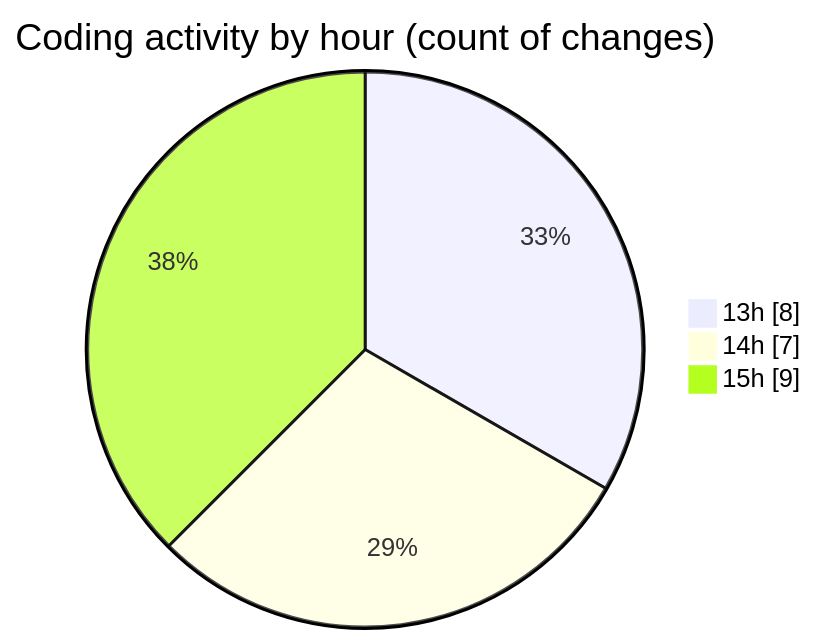
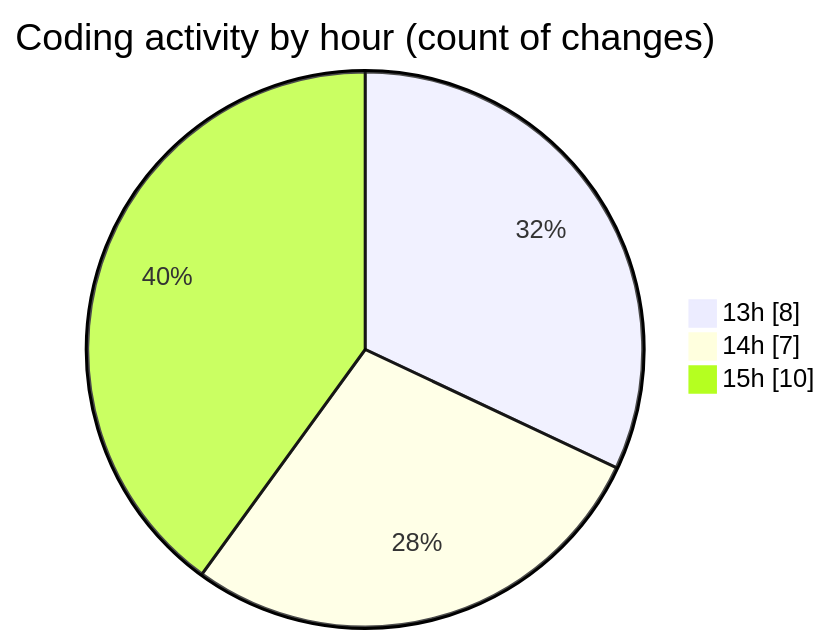
Before and after one commit to BS-eng2023/code-tracking: the second of 2 diagrams in 2025-04-03/jsvms/README.md, drawn with Mermaid. The commit also changed other lines of this file and 1 other file, not shown here.

````diff
--- a/2025-04-03/jsvms/README.md
+++ b/2025-04-03/jsvms/README.md
@@ -37,7 +37,7 @@
 ```mermaid
 pie showData
 title Coding activity by hour (count of changes)
 "13h" : 8
 "14h" : 7
-"15h" : 9
+"15h" : 10
 ```
````
